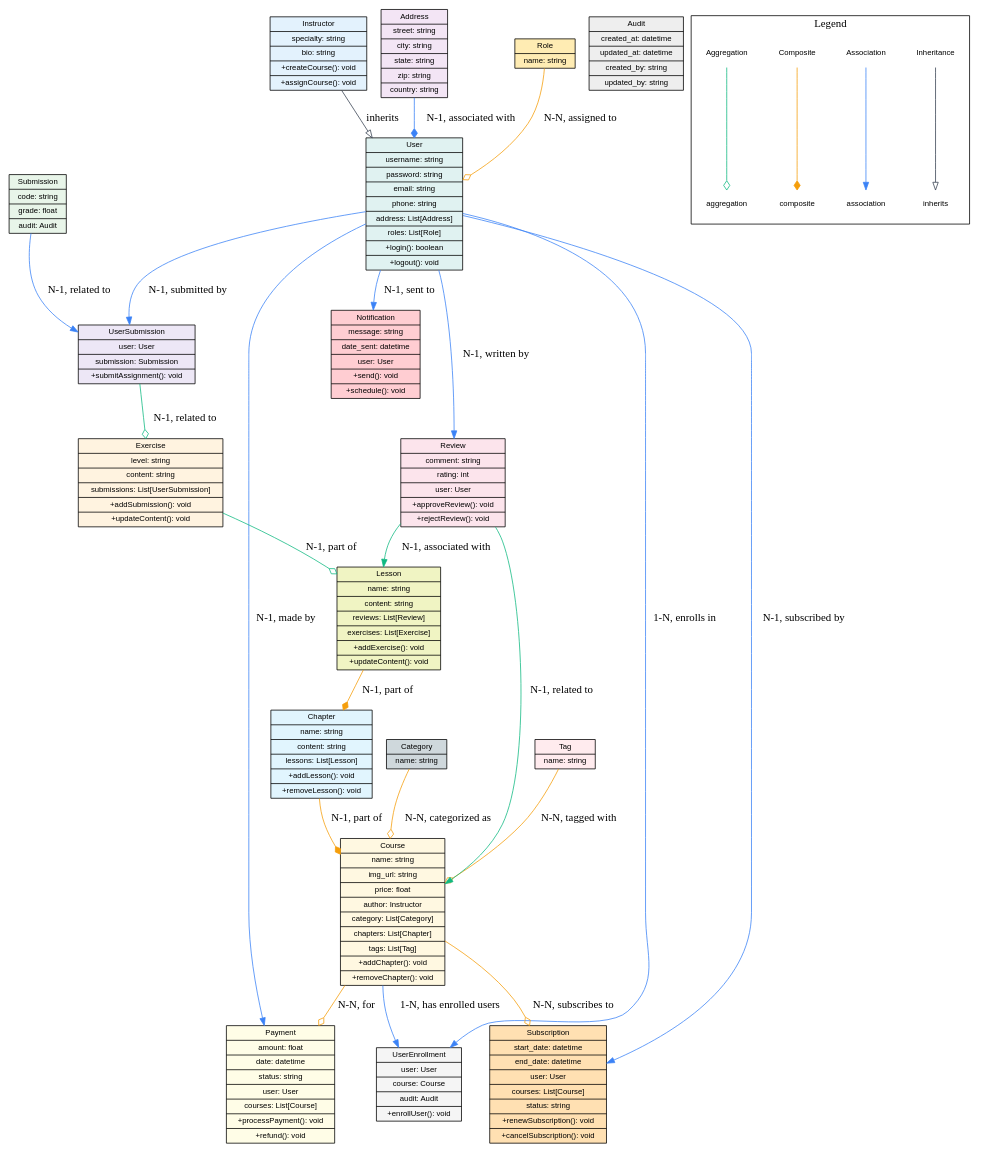
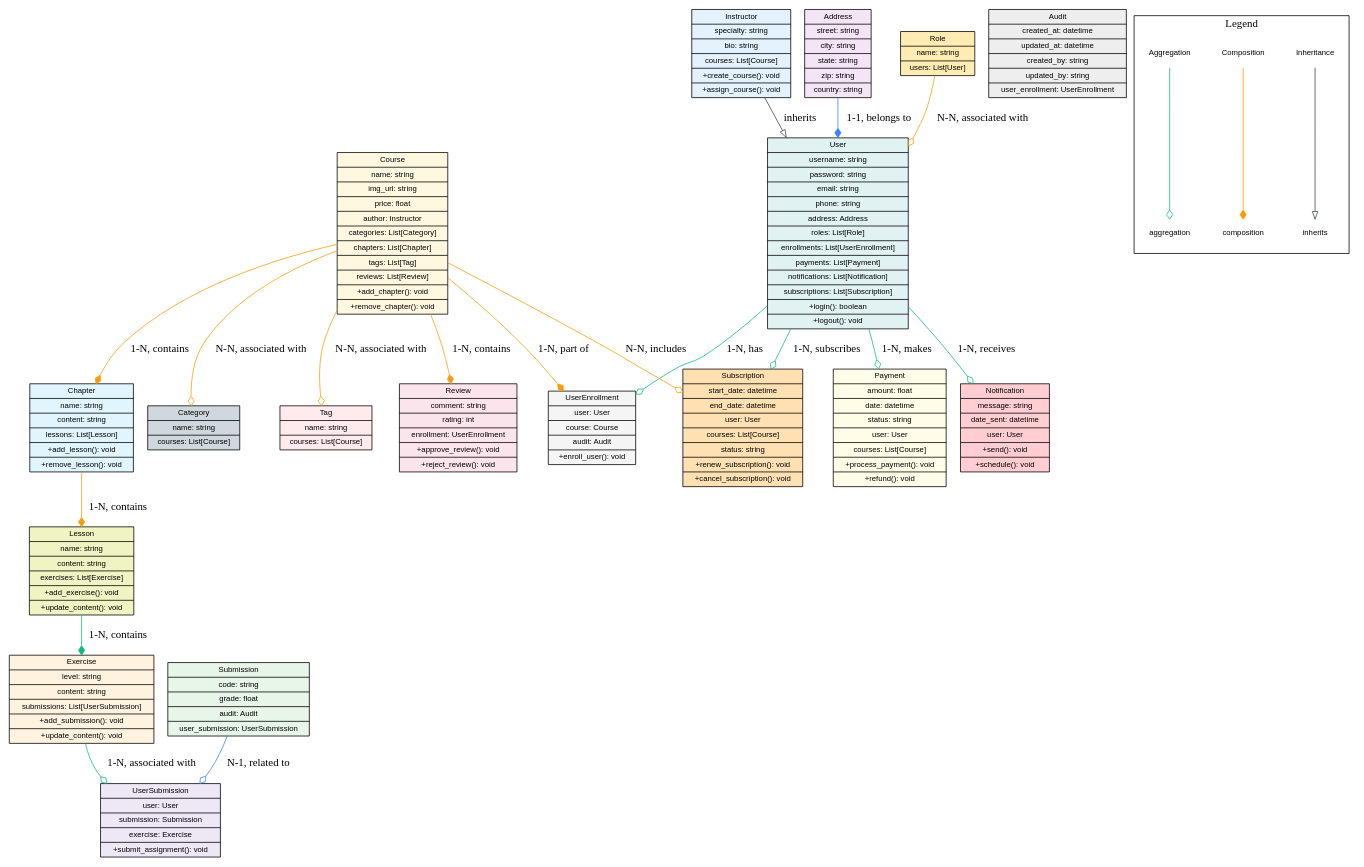
Before and after one commit to 8syncdev/8syncdev-djninex-big-project: the diagram in viz/myapp_models.dot, drawn with Graphviz. The commit also changed 9 other files, not shown here.

```diff
--- a/viz/myapp_models.dot
+++ b/viz/myapp_models.dot
@@ -1,75 +1,64 @@
 digraph G {
     node [shape=record, fontname=Helvetica, fontsize=10];
 
-    // Định nghĩa các lớp với màu sắc UI hiện đại
-    User [label="{User|username: string|password: string|email: string|phone: string|address: List[Address]|roles: List[Role]|+login(): boolean|+logout(): void}" style=filled, fillcolor="#E0F2F1"]; // teal-100
-    Instructor [label="{Instructor|specialty: string|bio: string|+createCourse(): void|+assignCourse(): void}" style=filled, fillcolor="#E3F2FD"]; // blue-100
-    Address [label="{Address|street: string|city: string|state: string|zip: string|country: string}" style=filled, fillcolor="#F3E5F5"]; // purple-100
-    Course [label="{Course|name: string|img_url: string|price: float|author: Instructor|category: List[Category]|chapters: List[Chapter]|tags: List[Tag]|+addChapter(): void|+removeChapter(): void}" style=filled, fillcolor="#FFF8E1"]; // amber-100
-    Tag [label="{Tag|name: string}" style=filled, fillcolor="#FFEBEE"]; // red-100
-    Review [label="{Review|comment: string|rating: int|user: User|+approveReview(): void|+rejectReview(): void}" style=filled, fillcolor="#FCE4EC"]; // pink-100
-    Lesson [label="{Lesson|name: string|content: string|reviews: List[Review]|exercises: List[Exercise]|+addExercise(): void|+updateContent(): void}" style=filled, fillcolor="#F0F4C3"]; // lime-100
-    Chapter [label="{Chapter|name: string|content: string|lessons: List[Lesson]|+addLesson(): void|+removeLesson(): void}" style=filled, fillcolor="#E1F5FE"]; // light-blue-100
-    UserEnrollment [label="{UserEnrollment|user: User|course: Course|audit: Audit|+enrollUser(): void}" style=filled, fillcolor="#F5F5F5"]; // grey-100
-    Exercise [label="{Exercise|level: string|content: string|submissions: List[UserSubmission]|+addSubmission(): void|+updateContent(): void}" style=filled, fillcolor="#FFF3E0"]; // orange-100
-    Submission [label="{Submission|code: string|grade: float|audit: Audit}" style=filled, fillcolor="#E8F5E9"]; // green-100
-    Role [label="{Role|name: string}" style=filled, fillcolor="#FFECB3"]; // yellow-100
-    UserSubmission [label="{UserSubmission|user: User|submission: Submission|+submitAssignment(): void}" style=filled, fillcolor="#EDE7F6"]; // deep-purple-100
-    Category [label="{Category|name: string}" style=filled, fillcolor="#CFD8DC"]; // blue-grey-100
-    Audit [label="{Audit|created_at: datetime|updated_at: datetime|created_by: string|updated_by: string}" style=filled, fillcolor="#EEEEEE"]; // grey-200
-    Payment [label="{Payment|amount: float|date: datetime|status: string|user: User|courses: List[Course]|+processPayment(): void|+refund(): void}" style=filled, fillcolor="#FFFDE7"]; // yellow-50
-    Notification [label="{Notification|message: string|date_sent: datetime|user: User|+send(): void|+schedule(): void}" style=filled, fillcolor="#FFCDD2"]; // red-100
-    Subscription [label="{Subscription|start_date: datetime|end_date: datetime|user: User|courses: List[Course]|status: string|+renewSubscription(): void|+cancelSubscription(): void}" style=filled, fillcolor="#FFE0B2"]; // deep-orange-100
+    // Optimized Class Definitions with Aggregation and Composition
+    User [label="{User|username: string|password: string|email: string|phone: string|address: Address|roles: List[Role]|enrollments: List[UserEnrollment]|payments: List[Payment]|notifications: List[Notification]|subscriptions: List[Subscription]|+login(): boolean|+logout(): void}" style=filled, fillcolor="#E0F2F1"];
+    Instructor [label="{Instructor|specialty: string|bio: string|courses: List[Course]|+create_course(): void|+assign_course(): void}" style=filled, fillcolor="#E3F2FD"];
+    Address [label="{Address|street: string|city: string|state: string|zip: string|country: string}" style=filled, fillcolor="#F3E5F5"];
+    Course [label="{Course|name: string|img_url: string|price: float|author: Instructor|categories: List[Category]|chapters: List[Chapter]|tags: List[Tag]|reviews: List[Review]|+add_chapter(): void|+remove_chapter(): void}" style=filled, fillcolor="#FFF8E1"];
+    Tag [label="{Tag|name: string|courses: List[Course]}" style=filled, fillcolor="#FFEBEE"];
+    Review [label="{Review|comment: string|rating: int|enrollment: UserEnrollment|+approve_review(): void|+reject_review(): void}" style=filled, fillcolor="#FCE4EC"];
+    Lesson [label="{Lesson|name: string|content: string|exercises: List[Exercise]|+add_exercise(): void|+update_content(): void}" style=filled, fillcolor="#F0F4C3"];
+    Chapter [label="{Chapter|name: string|content: string|lessons: List[Lesson]|+add_lesson(): void|+remove_lesson(): void}" style=filled, fillcolor="#E1F5FE"];
+    UserEnrollment [label="{UserEnrollment|user: User|course: Course|audit: Audit|+enroll_user(): void}" style=filled, fillcolor="#F5F5F5"];
+    Exercise [label="{Exercise|level: string|content: string|submissions: List[UserSubmission]|+add_submission(): void|+update_content(): void}" style=filled, fillcolor="#FFF3E0"];
+    Submission [label="{Submission|code: string|grade: float|audit: Audit|user_submission: UserSubmission}" style=filled, fillcolor="#E8F5E9"];
+    Role [label="{Role|name: string|users: List[User]}" style=filled, fillcolor="#FFECB3"];
+    UserSubmission [label="{UserSubmission|user: User |submission: Submission|exercise: Exercise|+submit_assignment(): void}" style=filled, fillcolor="#EDE7F6"];
+    Category [label="{Category|name: string|courses: List[Course]}" style=filled, fillcolor="#CFD8DC"];
+    Audit [label="{Audit|created_at: datetime|updated_at: datetime|created_by: string|updated_by: string|user_enrollment: UserEnrollment}" style=filled, fillcolor="#EEEEEE"];
+    Payment [label="{Payment|amount: float|date: datetime|status: string|user: User|courses: List[Course]|+process_payment(): void|+refund(): void}" style=filled, fillcolor="#FFFDE7"];
+    Notification [label="{Notification|message: string|date_sent: datetime|user: User|+send(): void|+schedule(): void}" style=filled, fillcolor="#FFCDD2"];
+    Subscription [label="{Subscription|start_date: datetime|end_date: datetime|user: User|courses: List[Course]|status: string|+renew_subscription(): void|+cancel_subscription(): void}" style=filled, fillcolor="#FFE0B2"];
 
-    // Quan hệ kế thừa
-    Instructor -> User [label="inherits" arrowhead=onormal color="#374151"]; // gray-700
+    // Relations using Aggregation and Composition
+    Instructor -> User [label="inherits" arrowhead=onormal color="#374151"]; 
 
-    // Quan hệ
-    User -> UserEnrollment [label="1-N, enrolls in" arrowhead=normal color="#3B82F6"]; // blue-500
-    Course -> UserEnrollment [label="1-N, has enrolled users" arrowhead=normal color="#3B82F6"]; // blue-500
+    User -> UserEnrollment [label="1-N, has" arrowhead=odiamond color="#10B981"];  // Aggregation relationship
+    User -> Payment [label="1-N, makes" arrowhead=odiamond color="#10B981"];  // Aggregation relationship
+    User -> Notification [label="1-N, receives" arrowhead=odiamond color="#10B981"];  // Aggregation relationship
+    User -> Subscription [label="1-N, subscribes" arrowhead=odiamond color="#10B981"];  // Aggregation relationship
+
+    Course -> UserEnrollment [label="1-N, part of" arrowhead=diamond color="#F59E0B"];  // Composition relationship
+    Course -> Review [label="1-N, contains" arrowhead=diamond color="#F59E0B"];  // Composition relationship
+    Course -> Chapter [label="1-N, contains" arrowhead=diamond color="#F59E0B"];  // Composition relationship
+    Course -> Category [label="N-N, associated with" arrowhead=odiamond color="#F59E0B"];  // Aggregation relationship
+    Course -> Tag [label="N-N, associated with" arrowhead=odiamond color="#F59E0B"];  // Aggregation relationship
+    Course -> Subscription [label="N-N, includes" arrowhead=odiamond color="#F59E0B"];  // Aggregation relationship
     
-    Chapter -> Course [label="N-1, part of" arrowhead=diamond color="#F59E0B"]; // yellow-500 (Composite relationship)
-    Lesson -> Chapter [label="N-1, part of" arrowhead=diamond color="#F59E0B"];  // yellow-500 (Composite relationship)
-    Exercise -> Lesson [label="N-1, part of" arrowhead=odiamond color="#10B981"];  // green-500 (Aggregation relationship)
-    Review -> Lesson [label="N-1, associated with" arrowhead=normal color="#10B981"];  // green-500 (Association relationship)
-    UserSubmission -> Exercise [label="N-1, related to" arrowhead=odiamond color="#10B981"];  // green-500 (Aggregation relationship)
+    Chapter -> Lesson [label="1-N, contains" arrowhead=diamond color="#F59E0B"];  // Composition relationship
+    Lesson -> Exercise [label="1-N, contains" arrowhead=diamond color="#10B981"];  // Composition relationship
+    Exercise -> UserSubmission [label="1-N, associated with" arrowhead=odiamond color="#10B981"];  // Aggregation relationship
 
-    Review -> Course [label="N-1, related to" arrowhead=normal color="#10B981"];  // green-500 (Association relationship)
-    User -> Review [label="N-1, written by" arrowhead=normal color="#3B82F6"];  // blue-500 (Association relationship)
+    Address -> User [label="1-1, belongs to" arrowhead=diamond color="#3B82F6"];  // Composition relationship
+    Submission -> UserSubmission [label="N-1, related to" arrowhead=odiamond color="#3B82F6"];  // Aggregation relationship
 
-    Tag -> Course [label="N-N, tagged with" arrowhead=odiamond color="#F59E0B"];  // yellow-500 (Aggregation relationship)
-    Category -> Course [label="N-N, categorized as" arrowhead=odiamond color="#F59E0B"];  // yellow-500 (Aggregation relationship)
+    Role -> User [label="N-N, associated with" arrowhead=odiamond color="#F59E0B"];  // Aggregation relationship
 
-    Address -> User [label="N-1, associated with" arrowhead=diamond color="#3B82F6"];  // blue-500 (Composite relationship)
-    User -> Payment [label="N-1, made by" arrowhead=normal color="#3B82F6"];  // blue-500 (Association relationship)
-    Course -> Payment [label="N-N, for" arrowhead=odiamond color="#F59E0B"];  // yellow-500 (Aggregation relationship)
-
-    User -> Notification [label="N-1, sent to" arrowhead=normal color="#3B82F6"];  // blue-500 (Association relationship)
-    User -> Subscription [label="N-1, subscribed by" arrowhead=normal color="#3B82F6"];  // blue-500 (Association relationship)
-    Course -> Subscription [label="N-N, subscribes to" arrowhead=odiamond color="#F59E0B"];  // yellow-500 (Aggregation relationship)
-    
-    User -> UserSubmission [label="N-1, submitted by" arrowhead=normal color="#3B82F6"];  // blue-500 (Association relationship)
-    Submission -> UserSubmission [label="N-1, related to" arrowhead=normal color="#3B82F6"];  // blue-500 (Association relationship)
-
-    Role -> User [label="N-N, assigned to" arrowhead=odiamond color="#F59E0B"];  // yellow-500 (Aggregation relationship)
-
-    // Huyền thoại đơn giản hóa
+    // Simplified Legend
     subgraph cluster_legend {
         label = "Legend";
         key1 [label="Inheritance" shape=plaintext];
-        key2 [label="Association" shape=plaintext];
-        key3 [label="Composite" shape=plaintext];
-        key4 [label="Aggregation" shape=plaintext];
+        key2 [label="Composition" shape=plaintext];
+        key3 [label="Aggregation" shape=plaintext];
 
         key1_edge [label="inherits" shape=plaintext];
-        key2_edge [label="association" shape=plaintext];
-        key3_edge [label="composite" shape=plaintext];
-        key4_edge [label="aggregation" shape=plaintext];
+        key2_edge [label="composition" shape=plaintext];
+        key3_edge [label="aggregation" shape=plaintext];
 
-        // Thêm các cạnh để đại diện cho huyền thoại
+        // Adding edges to represent the legend
         key1 -> key1_edge [arrowhead=onormal color="#374151"]; // gray-700
-        key2 -> key2_edge [arrowhead=normal color="#3B82F6"]; // blue-500
-        key3 -> key3_edge [arrowhead=diamond color="#F59E0B"]; // yellow-500
-        key4 -> key4_edge [arrowhead=odiamond color="#10B981"]; // green-500
+        key2 -> key2_edge [arrowhead=diamond color="#F59E0B"]; // yellow-500
+        key3 -> key3_edge [arrowhead=odiamond color="#10B981"]; // green-500
     }
 }
```
